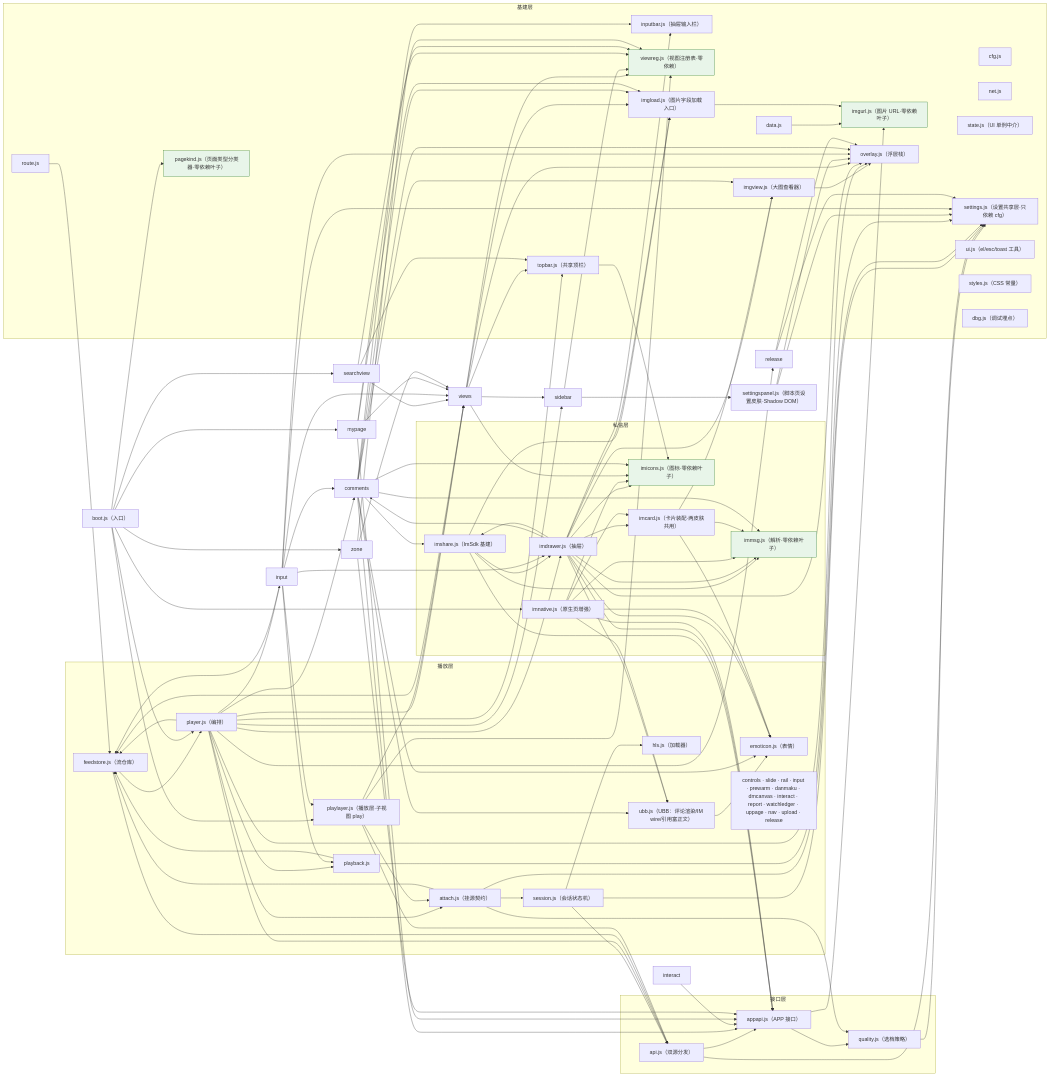
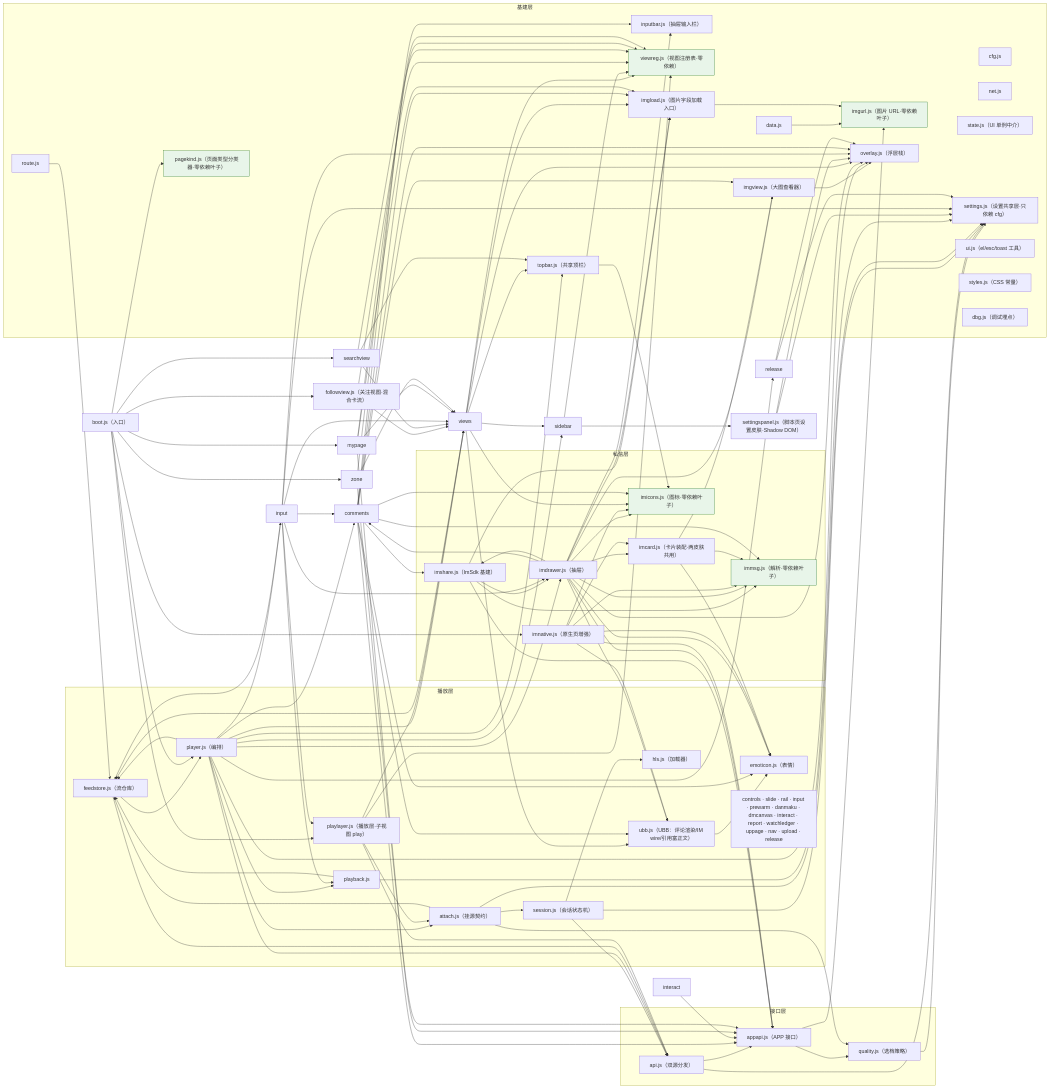
The diagram in README.md (name-xxl/acfun-svfeed), drawn with Mermaid before and after one commit. The commit also changed other lines of this file and 16 other files, not shown here.

First line of the commit message:
0.9.91：关注视图——视频 + 文章 + 动态三类混合卡流（路线图 2.2 + Phase 3 动态卡并入）

```diff
--- a/README.md
+++ b/README.md
@@ -367,6 +368,7 @@
 
   boot["boot.js（入口）"]
   settingspanel["settingspanel.js（脚本页设置皮肤·Shadow DOM）"]
+  followview["followview.js（关注视图·混合卡流）"]
   data --> imgurl
   route --> feedstore
   imgview --> overlay
@@ -387,9 +389,10 @@
   imdrawer --> appapi & comments & emoticon & imcard & imgload & imgview & imicons & immsg & imshare & inputbar & overlay & ubb
   imnative --> appapi & emoticon & imcard & imicons & immsg & ubb
   imcard --> emoticon & imgview & immsg
-  boot --> imnative & mypage & pagekind & player & playlayer & searchview & zone
-  views --> feedstore & imgload & imicons & overlay & sidebar & topbar & viewreg
+  boot --> followview & imnative & mypage & pagekind & player & playlayer & searchview & zone
+  views --> feedstore & imgload & imicons & overlay & sidebar & topbar & ubb & viewreg
   sidebar --> viewreg & settingspanel
+  followview --> viewreg & views
   settingspanel --> settings & overlay
   searchview --> topbar & viewreg & views
   input --> comments & feedstore & imdrawer & overlay & pb & playlayer & settings & views
```
